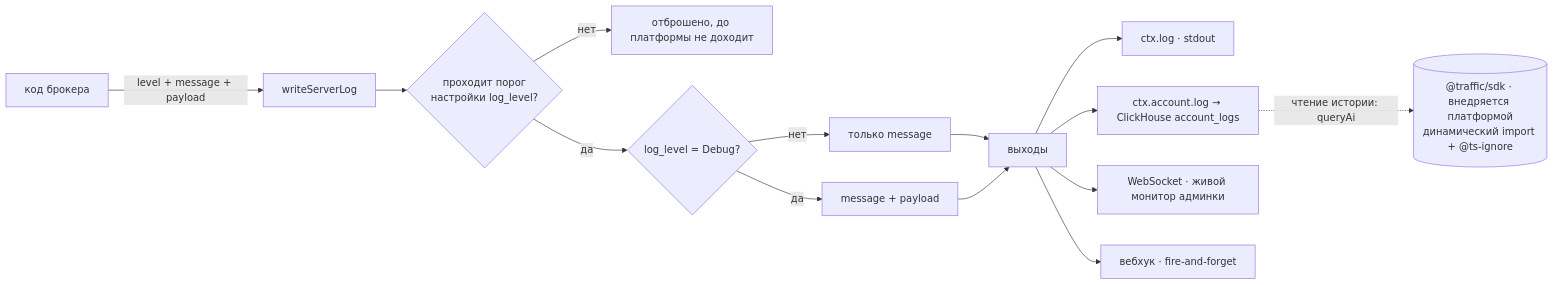
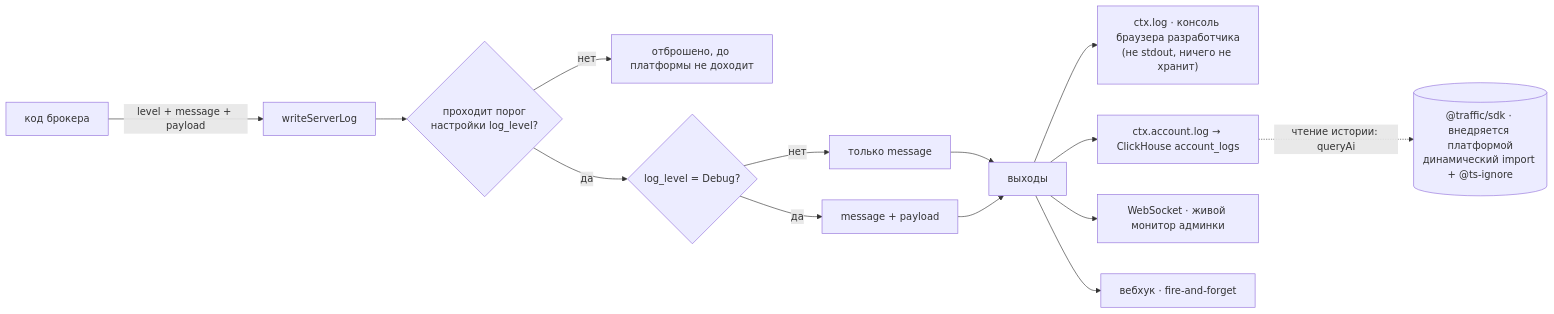
The fourth of 10 diagrams in s.chtm.khudoley.pro/p/units/aley/bpm/core/docs/spec/spec-map.md (andrey-khudoley/Chatium), drawn with Mermaid before and after one commit. The commit also changed other lines of this file and 1 other file, not shown here.

First paragraph of the commit message:
docs(aley/bpm/core): §5.10 по итогам прототипа — исправлены три ошибки
Прототип логирования собран и прогнан (9 сценариев). Проектные решения
подтвердились: отсечка работает на записи, payload только на Debug, круг
запись-чтение замкнулся, все запросы админ-страницы исполняются.

````diff
--- a/s.chtm.khudoley.pro/p/units/aley/bpm/core/docs/spec/spec-map.md
+++ b/s.chtm.khudoley.pro/p/units/aley/bpm/core/docs/spec/spec-map.md
@@ -155,16 +155,16 @@
 ```mermaid
 flowchart LR
   C["код брокера"] -->|"level + message + payload"| W["writeServerLog"]
   W --> G{"проходит порог<br/>настройки log_level?"}
   G -->|"нет"| X["отброшено, до платформы не доходит"]
   G -->|"да"| P{"log_level = Debug?"}
   P -->|"нет"| M["только message"]
   P -->|"да"| MP["message + payload"]
   M --> O
   MP --> O
-  O["выходы"] --> O1["ctx.log · stdout"]
+  O["выходы"] --> O1["ctx.log · консоль браузера разработчика<br/>(не stdout, ничего не хранит)"]
   O --> O2["ctx.account.log → ClickHouse account_logs"]
   O --> O3["WebSocket · живой монитор админки"]
   O --> O4["вебхук · fire-and-forget"]
   O2 -.->|"чтение истории: queryAi"| Q[("@traffic/sdk · внедряется платформой<br/>динамический import + @ts-ignore")]
 ```
````
